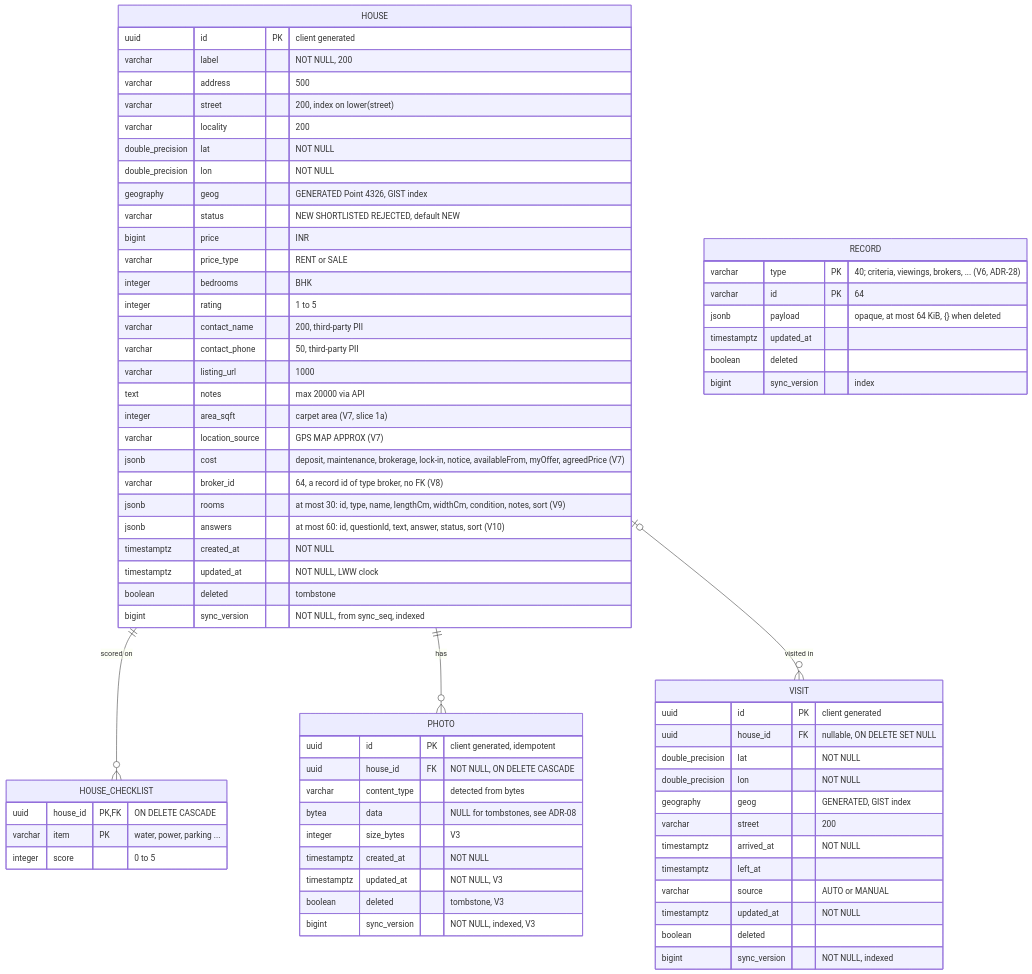
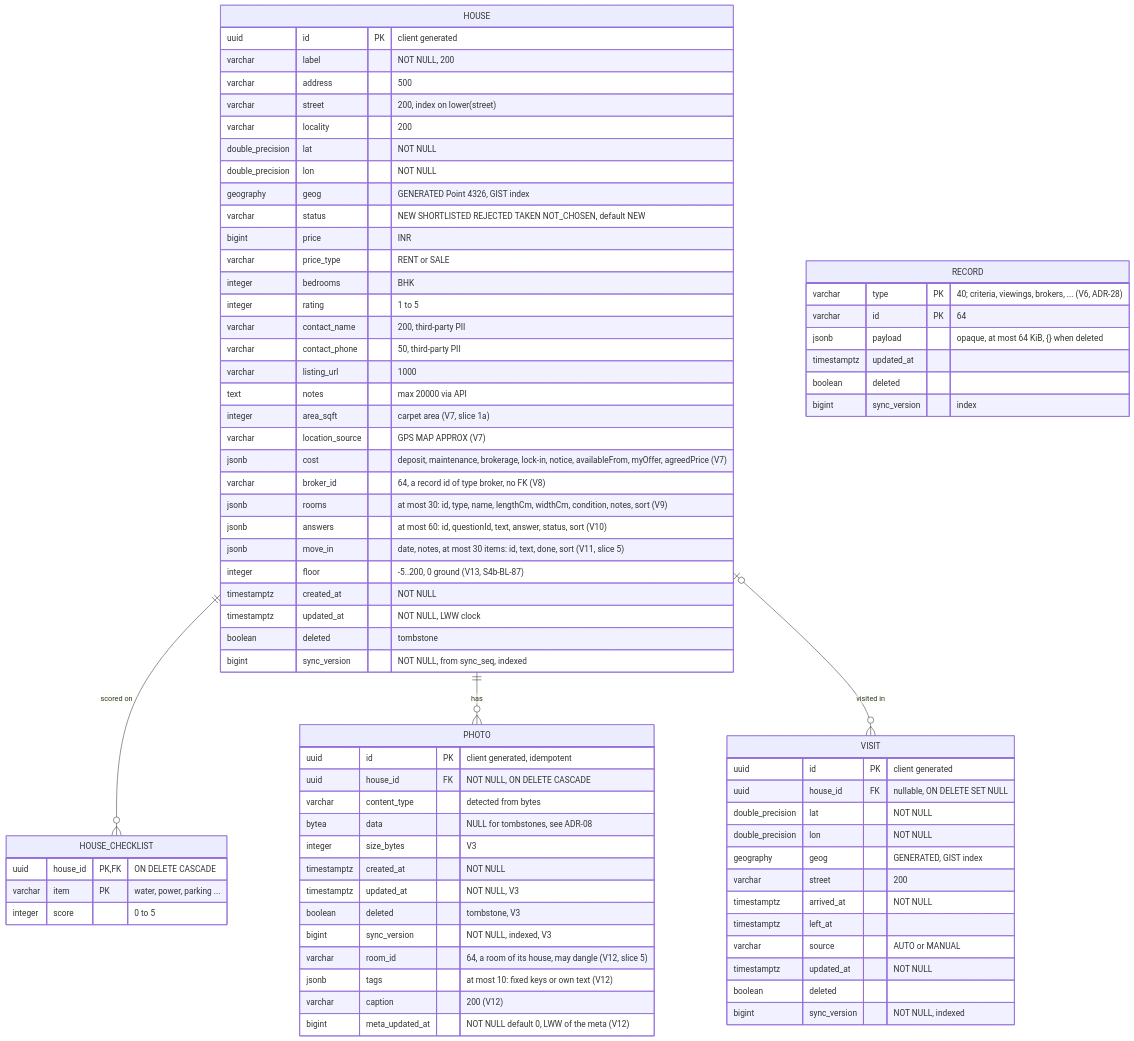
The seventh of 17 diagrams in docs/03-design.md (Sriram-Codes-SW/doorprints), drawn with Mermaid before and after one commit. The commit also changed other lines of this file and 37 other files, not shown here.

First line of the commit message:
docs: the finishing batch (sprint log, spec, test plan, design, schemas, guide, handoff) (stacked) (#98)

````diff
--- a/docs/03-design.md
+++ b/docs/03-design.md
@@ -428,73 +431,79 @@
 ```mermaid
 erDiagram
     HOUSE ||--o{ HOUSE_CHECKLIST : "scored on"
     HOUSE ||--o{ PHOTO : "has"
     HOUSE |o--o{ VISIT : "visited in"
     RECORD {
         varchar type PK "40; criteria, viewings, brokers, ... (V6, ADR-28)"
         varchar id PK "64"
         jsonb payload "opaque, at most 64 KiB, {} when deleted"
         timestamptz updated_at
         boolean deleted
         bigint sync_version "index"
     }
     HOUSE {
         uuid id PK "client generated"
         varchar label "NOT NULL, 200"
         varchar address "500"
         varchar street "200, index on lower(street)"
         varchar locality "200"
         double_precision lat "NOT NULL"
         double_precision lon "NOT NULL"
         geography geog "GENERATED Point 4326, GIST index"
-        varchar status "NEW SHORTLISTED REJECTED, default NEW"
+        varchar status "NEW SHORTLISTED REJECTED TAKEN NOT_CHOSEN, default NEW"
         bigint price "INR"
         varchar price_type "RENT or SALE"
         integer bedrooms "BHK"
         integer rating "1 to 5"
         varchar contact_name "200, third-party PII"
         varchar contact_phone "50, third-party PII"
         varchar listing_url "1000"
         text notes "max 20000 via API"
         integer area_sqft "carpet area (V7, slice 1a)"
         varchar location_source "GPS MAP APPROX (V7)"
         jsonb cost "deposit, maintenance, brokerage, lock-in, notice, availableFrom, myOffer, agreedPrice (V7)"
         varchar broker_id "64, a record id of type broker, no FK (V8)"
         jsonb rooms "at most 30: id, type, name, lengthCm, widthCm, condition, notes, sort (V9)"
         jsonb answers "at most 60: id, questionId, text, answer, status, sort (V10)"
+        jsonb move_in "date, notes, at most 30 items: id, text, done, sort (V11, slice 5)"
+        integer floor "-5..200, 0 ground (V13, S4b-BL-87)"
         timestamptz created_at "NOT NULL"
         timestamptz updated_at "NOT NULL, LWW clock"
         boolean deleted "tombstone"
         bigint sync_version "NOT NULL, from sync_seq, indexed"
     }
     HOUSE_CHECKLIST {
         uuid house_id PK, FK "ON DELETE CASCADE"
         varchar item PK "water, power, parking ..."
         integer score "0 to 5"
     }
     VISIT {
         uuid id PK "client generated"
         uuid house_id FK "nullable, ON DELETE SET NULL"
         double_precision lat "NOT NULL"
         double_precision lon "NOT NULL"
         geography geog "GENERATED, GIST index"
         varchar street "200"
         timestamptz arrived_at "NOT NULL"
         timestamptz left_at
         varchar source "AUTO or MANUAL"
         timestamptz updated_at "NOT NULL"
         boolean deleted
         bigint sync_version "NOT NULL, indexed"
     }
     PHOTO {
         uuid id PK "client generated, idempotent"
         uuid house_id FK "NOT NULL, ON DELETE CASCADE"
         varchar content_type "detected from bytes"
         bytea data "NULL for tombstones, see ADR-08"
         integer size_bytes "V3"
         timestamptz created_at "NOT NULL"
         timestamptz updated_at "NOT NULL, V3"
         boolean deleted "tombstone, V3"
         bigint sync_version "NOT NULL, indexed, V3"
+        varchar room_id "64, a room of its house, may dangle (V12, slice 5)"
+        jsonb tags "at most 10: fixed keys or own text (V12)"
+        varchar caption "200 (V12)"
+        bigint meta_updated_at "NOT NULL default 0, LWW of the meta (V12)"
     }
 ```
````
